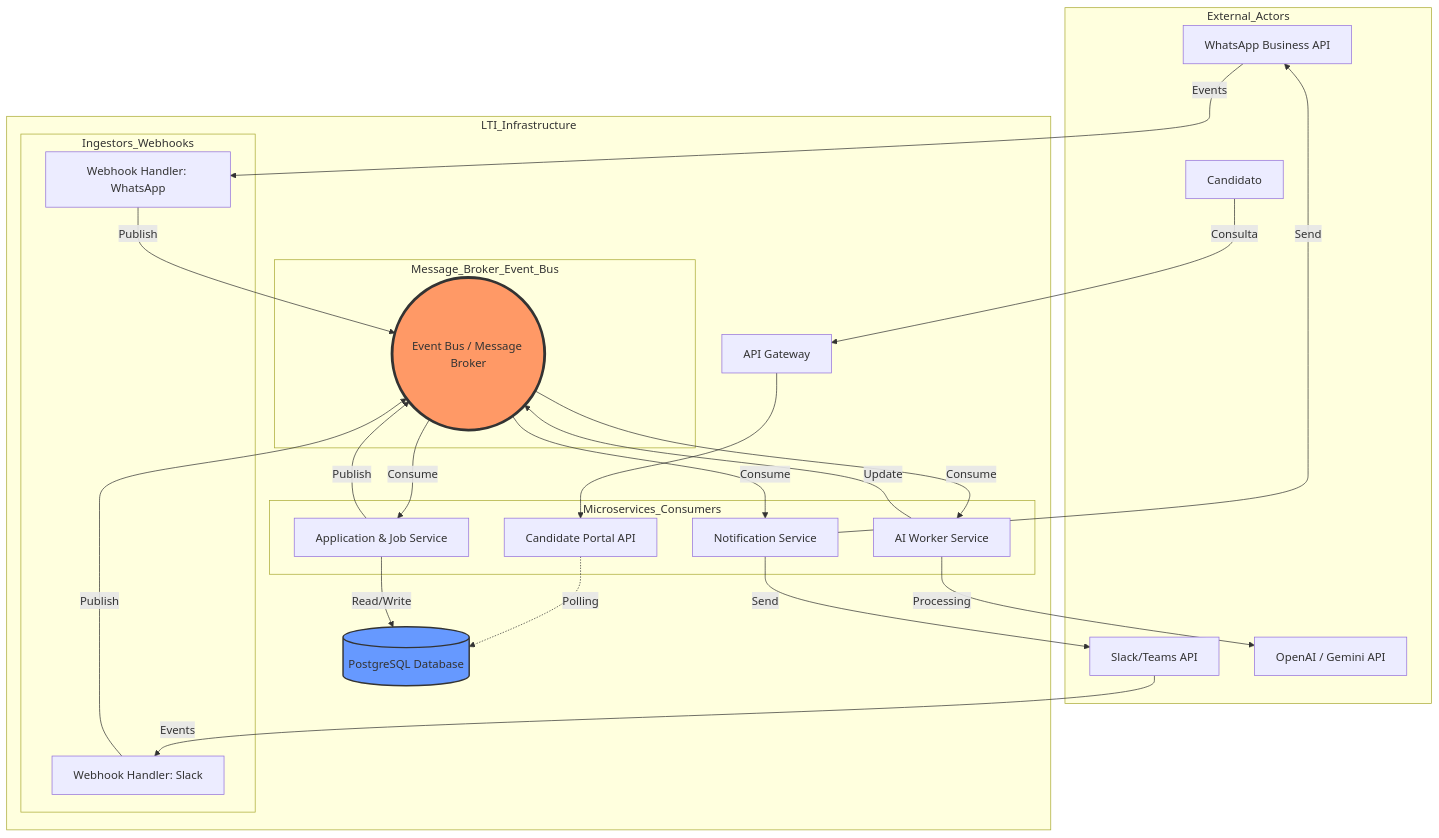
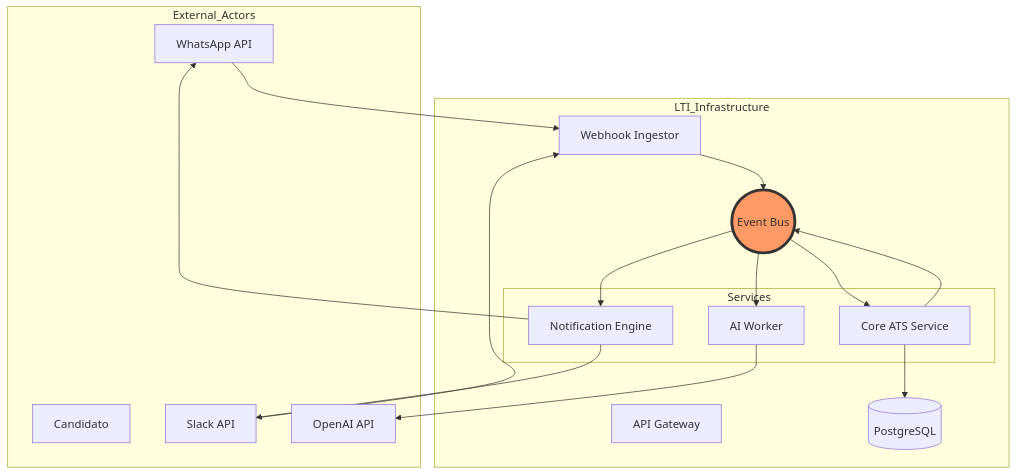
The fourth of 5 diagrams in LTI-JGJ/LTI-JGJ.md (Julio-Glez/AI4Devs-design-1-202602), drawn with Mermaid before and after one commit. The commit also changed other lines of this file, not shown here.

Commit message:
Diseño de software 3 LTI

````diff
--- a/LTI-JGJ/LTI-JGJ.md
+++ b/LTI-JGJ/LTI-JGJ.md
@@ -176,56 +184,37 @@
 ```mermaid
 graph TB
     subgraph "External_Actors"
         C[Candidato]
-        WA_API[WhatsApp Business API]
-        SL_API[Slack/Teams API]
-        AI_API[OpenAI / Gemini API]
+        WA_API[WhatsApp API]
+        SL_API[Slack API]
+        AI_API[OpenAI API]
     end
 
     subgraph "LTI_Infrastructure"
         AGW[API Gateway]
+        WH_GW[Webhook Ingestor]
+        Bus((Event Bus))
         
-        subgraph "Ingestors_Webhooks"
-            WH_WA[Webhook Handler: WhatsApp]
-            WH_SL[Webhook Handler: Slack]
+        subgraph "Services"
+            AppSvc[Core ATS Service]
+            AISvc[AI Worker]
+            NotifSvc[Notification Engine]
         end
 
-        subgraph "Message_Broker_Event_Bus"
-            Bus((Event Bus / Message Broker))
-        end
-
-        subgraph "Microservices_Consumers"
-            AppSvc[Application & Job Service]
-            AISvc[AI Worker Service]
-            NotifSvc[Notification Service]
-            PortalSvc[Candidate Portal API]
-        end
-
-        DB[(PostgreSQL Database)]
+        DB[(PostgreSQL)]
     end
 
-    C -->|Consulta| AGW
-    AGW --> PortalSvc
-    PortalSvc -.->|Polling| DB
-
-    WA_API -->|Events| WH_WA
-    SL_API -->|Events| WH_SL
-    
-    WH_WA -->|Publish| Bus
-    WH_SL -->|Publish| Bus
-
-    Bus -->|Consume| AppSvc
-    AppSvc -->|Read/Write| DB
-    
-    AppSvc -->|Publish| Bus
-    Bus -->|Consume| AISvc
-    AISvc -->|Processing| AI_API
-    AISvc -->|Update| Bus
-
-    Bus -->|Consume| NotifSvc
-    NotifSvc -->|Send| WA_API
-    NotifSvc -->|Send| SL_API
+    WA_API --> WH_GW
+    SL_API --> WH_GW
+    WH_GW --> Bus
+    Bus --> AppSvc
+    AppSvc --> DB
+    AppSvc --> Bus
+    Bus --> AISvc
+    AISvc --> AI_API
+    Bus --> NotifSvc
+    NotifSvc --> WA_API
+    NotifSvc --> SL_API
 
     style Bus fill:#f96,stroke:#333,stroke-width:4px
-    style DB fill:#69f,stroke:#333,stroke-width:2px
 ```
````
